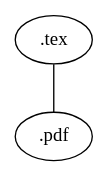
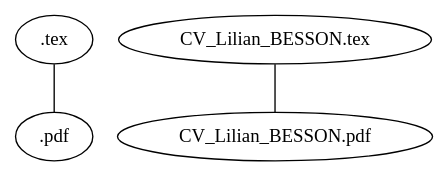
The third of 5 diagrams in graph.rst (Naereen/web-sphinx), drawn with Graphviz before and after one commit. The commit also changed other lines of this file, not shown here.

```diff
--- a/graph.rst
+++ b/graph.rst
@@ -58,3 +62,4 @@
 .. graph:: latex
 
    ".tex" -- ".pdf";
+   "CV_Lilian_BESSON.tex" -- "CV_Lilian_BESSON.pdf";
```
